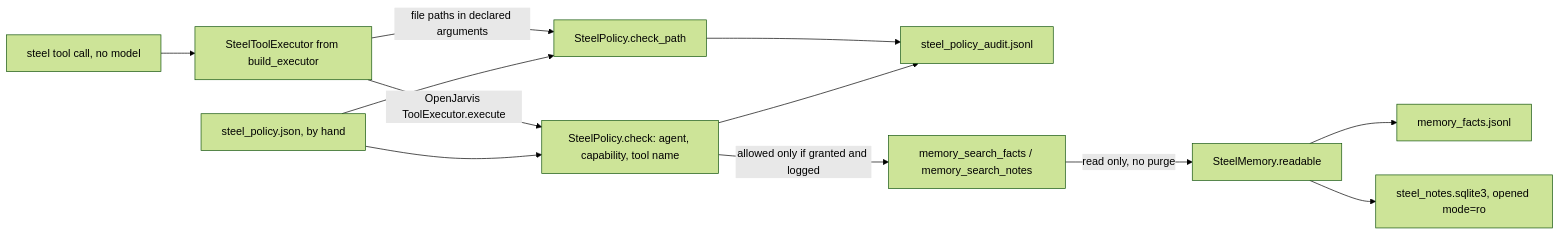
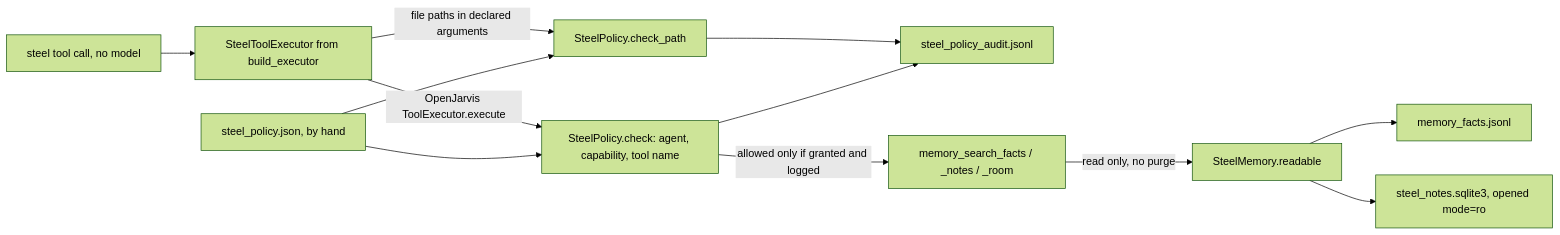
One commit to DKAA04/Steel changed the second of 5 diagrams in ARCHITECTURE.md. Above: the diagram before and after it, drawn with Mermaid (forest theme). The commit also changed other lines of this file and 10 other files, not shown here.

First line of the commit message:
Docs: Phase 4 (INJECTION evidence, README, SECURITY, ARCHITECTURE, ROADMAP, CLAUDE.md, POLICY 7.3, VISION, VOICE, PROVENANCE)

````diff
--- a/ARCHITECTURE.md
+++ b/ARCHITECTURE.md
@@ -41,14 +41,14 @@
 ```mermaid
 flowchart LR
     T[steel tool call, no model] --> E[SteelToolExecutor from build_executor]
     E -->|file paths in declared arguments| P[SteelPolicy.check_path]
     E -->|OpenJarvis ToolExecutor.execute| C[SteelPolicy.check: agent, capability, tool name]
     P --> L[steel_policy_audit.jsonl]
     C --> L
     G[steel_policy.json, by hand] --> P
     G --> C
-    C -->|allowed only if granted and logged| X[memory_search_facts / memory_search_notes]
+    C -->|allowed only if granted and logged| X[memory_search_facts / _notes / _room]
     X -->|read only, no purge| R[SteelMemory.readable]
     R --> J2[memory_facts.jsonl]
     R --> N2[steel_notes.sqlite3, opened mode=ro]
 ```
````
